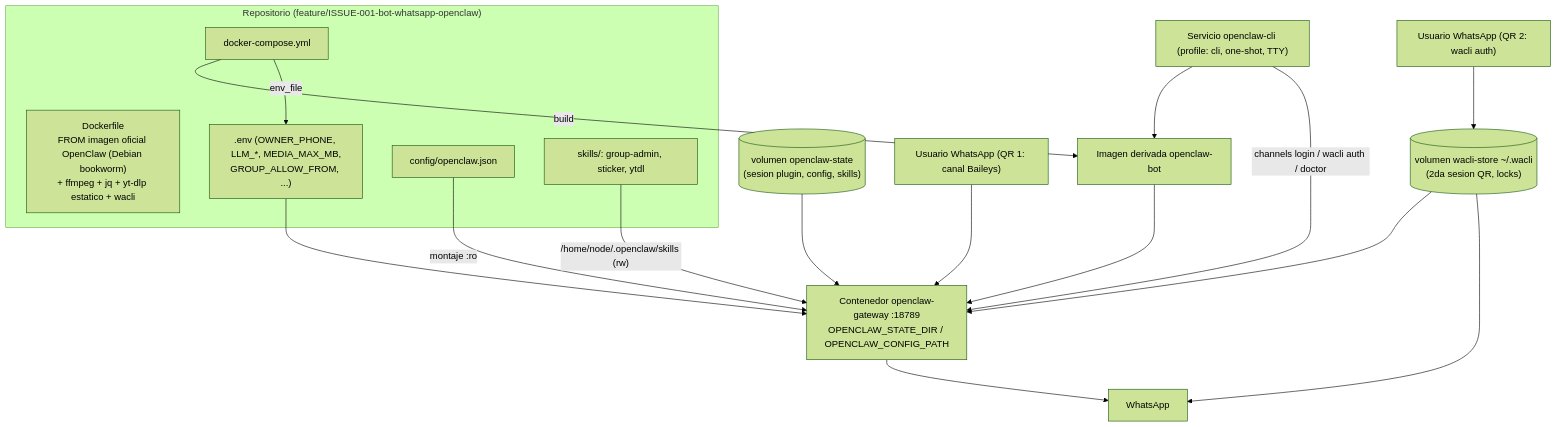
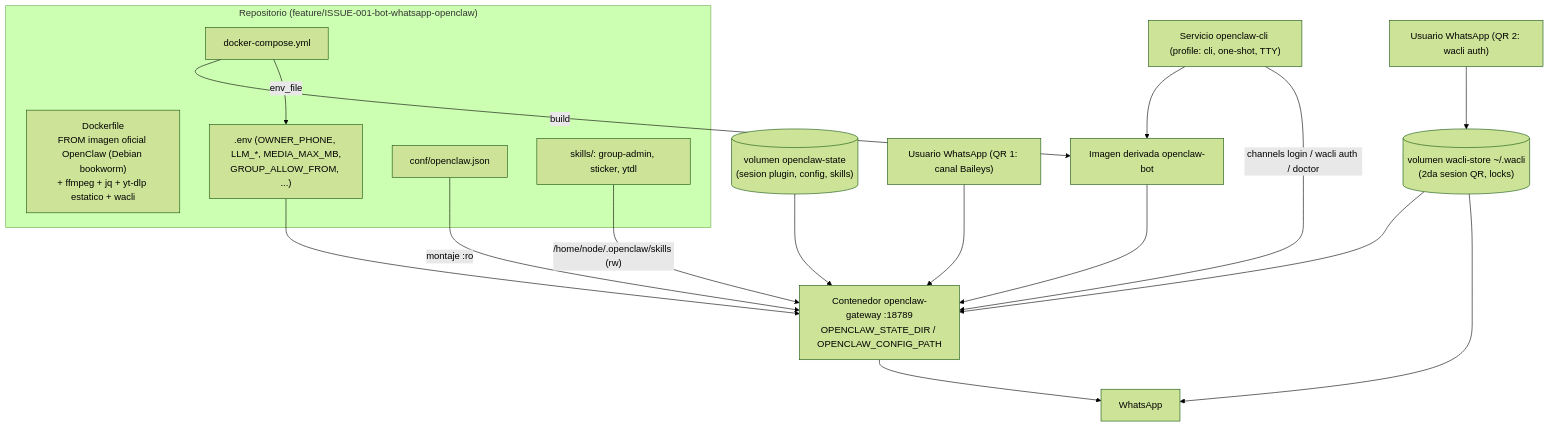
The first of 2 diagrams in docs/agents/plans/PLAN-001-bot-whatsapp-openclaw.md (dvydll/openclaw-whatsapp-bot), drawn with Mermaid (forest theme) before and after one commit. The commit also changed other lines of this file and 2 other files, not shown here.

Commit message:
docs(agents): [ISSUE-001] actualizar PLAN-001 y RESEARCH-003/004 (bin/, conf/, desviaciones)

````diff
--- a/docs/agents/plans/PLAN-001-bot-whatsapp-openclaw.md
+++ b/docs/agents/plans/PLAN-001-bot-whatsapp-openclaw.md
@@ -351,27 +352,27 @@
 ```mermaid
 flowchart TD
     subgraph REPO["Repositorio (feature/ISSUE-001-bot-whatsapp-openclaw)"]
         DF["Dockerfile<br/>FROM imagen oficial OpenClaw (Debian bookworm)<br/>+ ffmpeg + jq + yt-dlp estatico + wacli"]
         DC["docker-compose.yml"]
         ENV[".env (OWNER_PHONE, LLM_*, MEDIA_MAX_MB,<br/>GROUP_ALLOW_FROM, ...)"]
-        CFG["config/openclaw.json"]
+        CFG["conf/openclaw.json"]
         SK["skills/: group-admin, sticker, ytdl"]
     end
 
     DC -->|build| IMG["Imagen derivada openclaw-bot"]
     DC -->|env_file| ENV
     IMG --> GW["Contenedor openclaw-gateway :18789<br/>OPENCLAW_STATE_DIR / OPENCLAW_CONFIG_PATH"]
     ENV --> GW
     CFG -->|"montaje :ro"| GW
     SK -->|"/home/node/.openclaw/skills (rw)"| GW
     V1[("volumen openclaw-state<br/>(sesion plugin, config, skills)")] --> GW
     V2[("volumen wacli-store ~/.wacli<br/>(2da sesion QR, locks)")] --> GW
 
     CLI["Servicio openclaw-cli (profile: cli, one-shot, TTY)"] --> IMG
     CLI -->|"channels login / wacli auth / doctor"| GW
 
     U1["Usuario WhatsApp (QR 1: canal Baileys)"] --> GW
     U2["Usuario WhatsApp (QR 2: wacli auth)"] --> V2
     GW --> WA["WhatsApp"]
     V2 --> WA
 ```
````
